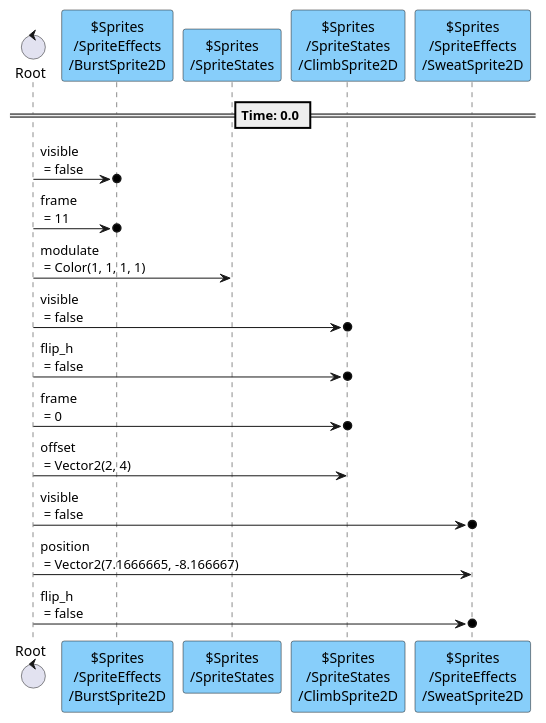
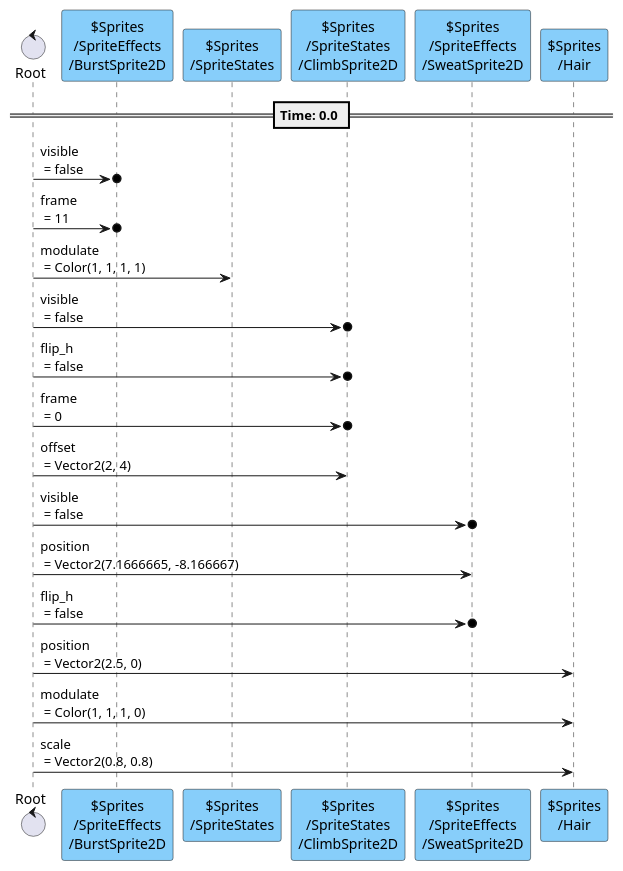
Before and after one commit to tkmfujise/Platformer-Game-Learning: the second of 13 diagrams in content/scenes/src/player/player.tscn.adoc, drawn with PlantUML. The commit also changed other lines of this file and 317 other files, not shown here.

```diff
--- a/content/scenes/src/player/player.tscn.adoc
+++ b/content/scenes/src/player/player.tscn.adoc
@@ -397,24 +449,28 @@
 [plantuml]
 ....
 control "Root" as R
 participant "$Sprites\n/SpriteEffects\n/BurstSprite2D" as T0 #87CEFA
 participant "$Sprites\n/SpriteStates" as T2 #87CEFA
 participant "$Sprites\n/SpriteStates\n/ClimbSprite2D" as T3 #87CEFA
 participant "$Sprites\n/SpriteEffects\n/SweatSprite2D" as T7 #87CEFA
+participant "$Sprites\n/Hair" as T10 #87CEFA
 
 
 
 == Time: 0.0 ==
 R  ->o  T0 : visible\n = false
 R  ->o  T0 : frame\n = 11
 R  ->  T2 : modulate\n = Color(1, 1, 1, 1)
 R  ->o  T3 : visible\n = false
 R  ->o  T3 : flip_h\n = false
 R  ->o  T3 : frame\n = 0
 R  ->  T3 : offset\n = Vector2(2, 4)
 R  ->o  T7 : visible\n = false
 R  ->  T7 : position\n = Vector2(7.1666665, -8.166667)
 R  ->o  T7 : flip_h\n = false
+R  ->  T10 : position\n = Vector2(2.5, 0)
+R  ->  T10 : modulate\n = Color(1, 1, 1, 0)
+R  ->  T10 : scale\n = Vector2(0.8, 0.8)
 
 
 ....
```
